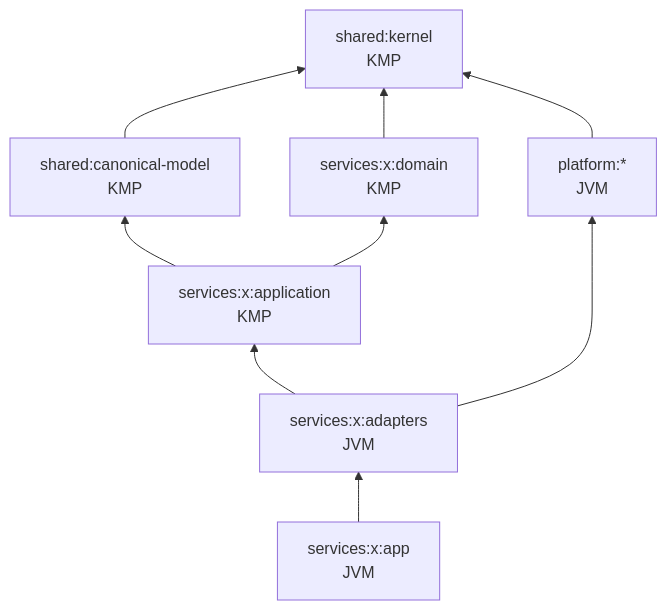
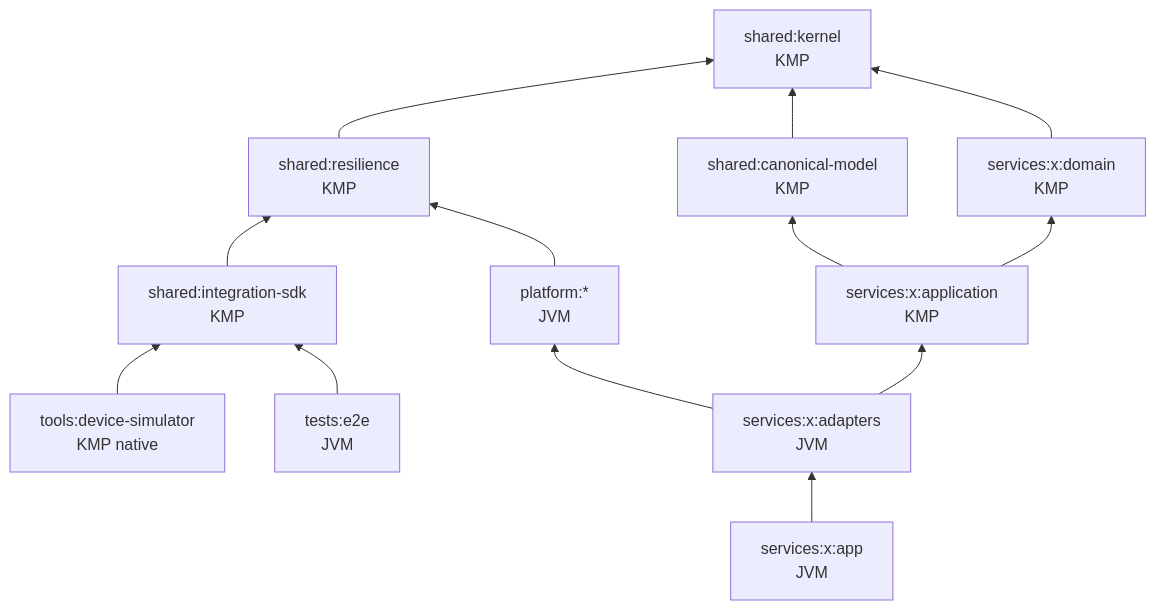
One commit to io0323/enterprise-integration-architecture-framework changed the diagram in docs/implementation/MODULE_DESIGN.md. Above: the diagram before and after it, drawn with Mermaid. The commit also changed other lines of this file and 2 other files, not shown here.

First line of the commit message:
docs(roadmap): restructure phases per ADR-0009 and reflect new modules

````diff
--- a/docs/implementation/MODULE_DESIGN.md
+++ b/docs/implementation/MODULE_DESIGN.md
@@ -9,12 +19,16 @@
 ```mermaid
 flowchart BT
   kernel[shared:kernel<br/>KMP]
+  res[shared:resilience<br/>KMP] --> kernel
   canon[shared:canonical-model<br/>KMP] --> kernel
+  sdk[shared:integration-sdk<br/>KMP] --> res
   dom[services:x:domain<br/>KMP] --> kernel
   app[services:x:application<br/>KMP] --> dom
   app --> canon
   adp[services:x:adapters<br/>JVM] --> app
   adp --> plat[platform:*<br/>JVM]
-  plat --> kernel
+  plat --> res
   boot[services:x:app<br/>JVM] --> adp
+  sim[tools:device-simulator<br/>KMP native] --> sdk
+  e2e[tests:e2e<br/>JVM] --> sdk
 ```
````
